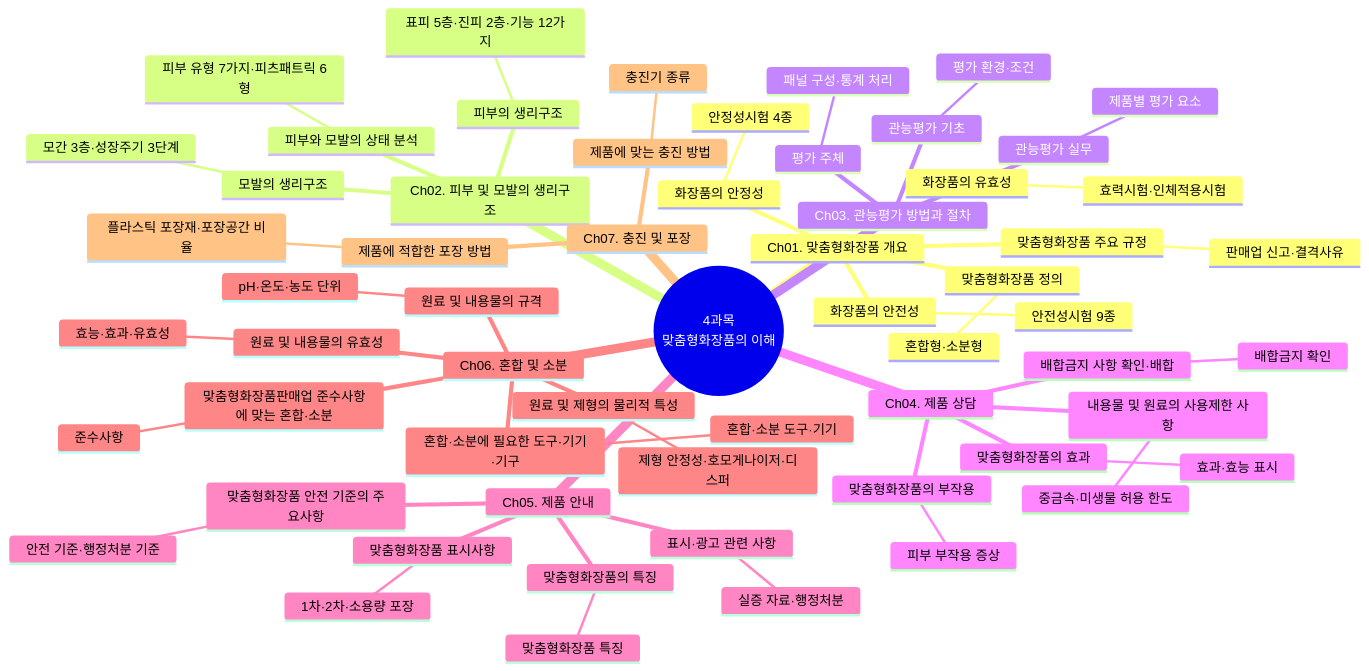
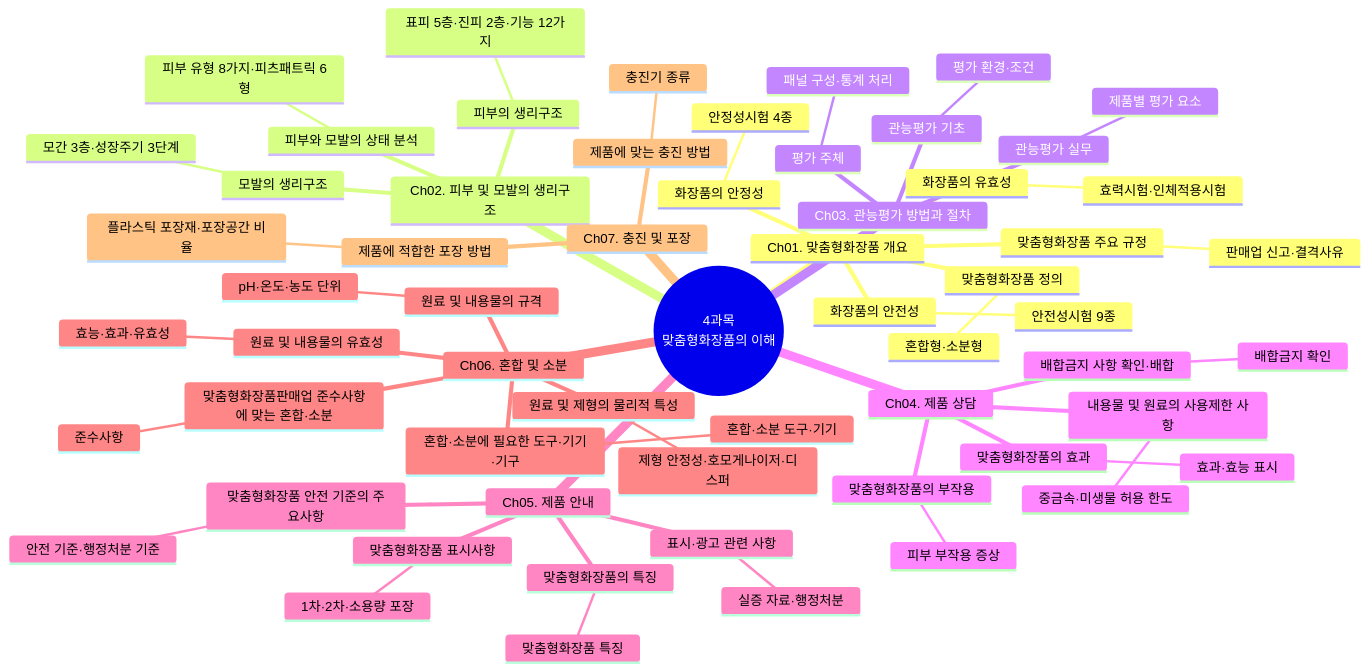
Before and after one commit to skygoldlee-cyber/Personalized_Skincare: the first of 23 diagrams in content/교재/understanding/4과목_맞춤형화장품의이해_이야기형.md, drawn with Mermaid. The commit also changed other lines of this file and 16 other files, not shown here.

````diff
--- a/content/교재/understanding/4과목_맞춤형화장품의이해_이야기형.md
+++ b/content/교재/understanding/4과목_맞춤형화장품의이해_이야기형.md
@@ -167,63 +167,63 @@
 ```mermaid
 mindmap
   root((4과목<br/>맞춤형화장품의 이해))
     Ch01. 맞춤형화장품 개요
       맞춤형화장품 정의
         혼합형·소분형
       맞춤형화장품 주요 규정
         판매업 신고·결격사유
       화장품의 안전성
         안전성시험 9종
       화장품의 유효성
         효력시험·인체적용시험
       화장품의 안정성
         안정성시험 4종
     Ch02. 피부 및 모발의 생리구조
       피부의 생리구조
         표피 5층·진피 2층·기능 12가지
       모발의 생리구조
         모간 3층·성장주기 3단계
       피부와 모발의 상태 분석
-        피부 유형 7가지·피츠패트릭 6형
+        피부 유형 8가지·피츠패트릭 6형
     Ch03. 관능평가 방법과 절차
       관능평가 기초
         평가 환경·조건
       관능평가 실무
         제품별 평가 요소
       평가 주체
         패널 구성·통계 처리
     Ch04. 제품 상담
       맞춤형화장품의 효과
         효과·효능 표시
       맞춤형화장품의 부작용
         피부 부작용 증상
       배합금지 사항 확인·배합
         배합금지 확인
       내용물 및 원료의 사용제한 사항
         중금속·미생물 허용 한도
     Ch05. 제품 안내
       맞춤형화장품 표시사항
         1차·2차·소용량 포장
       표시·광고 관련 사항
         실증 자료·행정처분
       맞춤형화장품 안전 기준의 주요사항
         안전 기준·행정처분 기준
       맞춤형화장품의 특징
         맞춤형화장품 특징
     Ch06. 혼합 및 소분
       원료 및 제형의 물리적 특성
         제형 안정성·호모게나이저·디스퍼
       원료 및 내용물의 유효성
         효능·효과·유효성
       원료 및 내용물의 규격
         pH·온도·농도 단위
       혼합·소분에 필요한 도구·기기·기구
         혼합·소분 도구·기기
       맞춤형화장품판매업 준수사항에 맞는 혼합·소분
         준수사항
     Ch07. 충진 및 포장
       제품에 맞는 충진 방법
         충진기 종류
       제품에 적합한 포장 방법
         플라스틱 포장재·포장공간 비율
 ```
````
